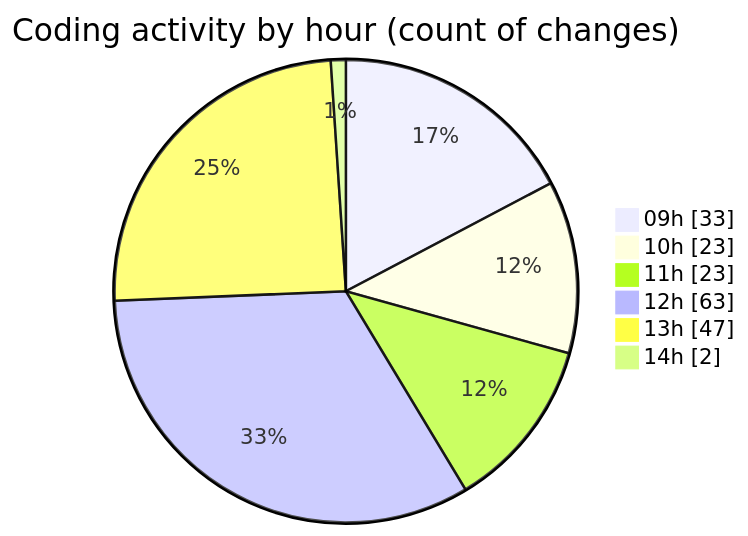
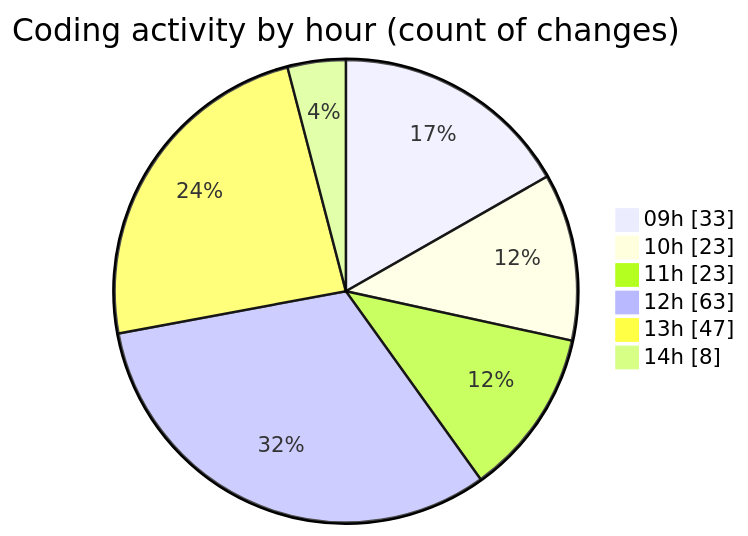
Before and after one commit to CELIANVF/code-tracking: the second of 2 diagrams in 2025-05-20/ecodeli-1/README.md, drawn with Mermaid. The commit also changed other lines of this file and 1 other file, not shown here.

````diff
--- a/2025-05-20/ecodeli-1/README.md
+++ b/2025-05-20/ecodeli-1/README.md
@@ -100,10 +102,10 @@
 ```mermaid
 pie showData
 title Coding activity by hour (count of changes)
 "09h" : 33
 "10h" : 23
 "11h" : 23
 "12h" : 63
 "13h" : 47
-"14h" : 2
+"14h" : 8
 ```
````
